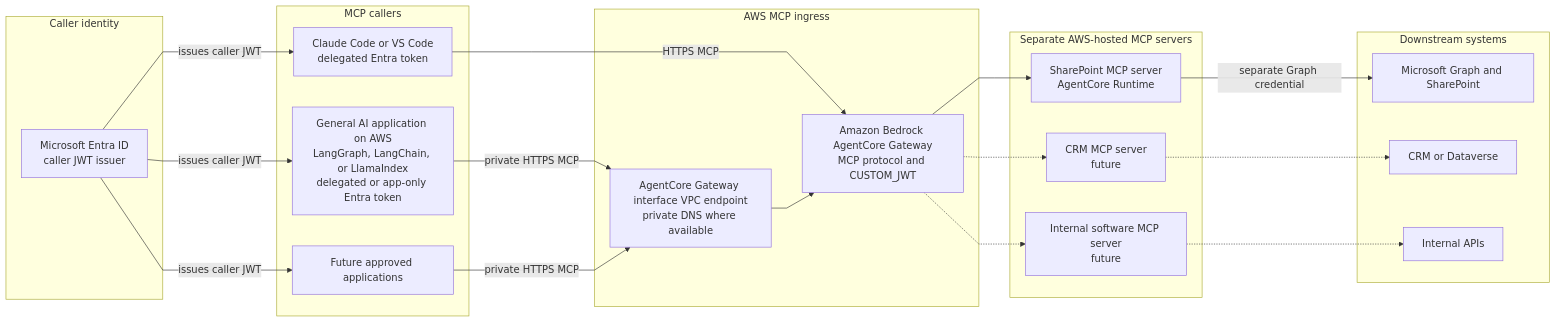
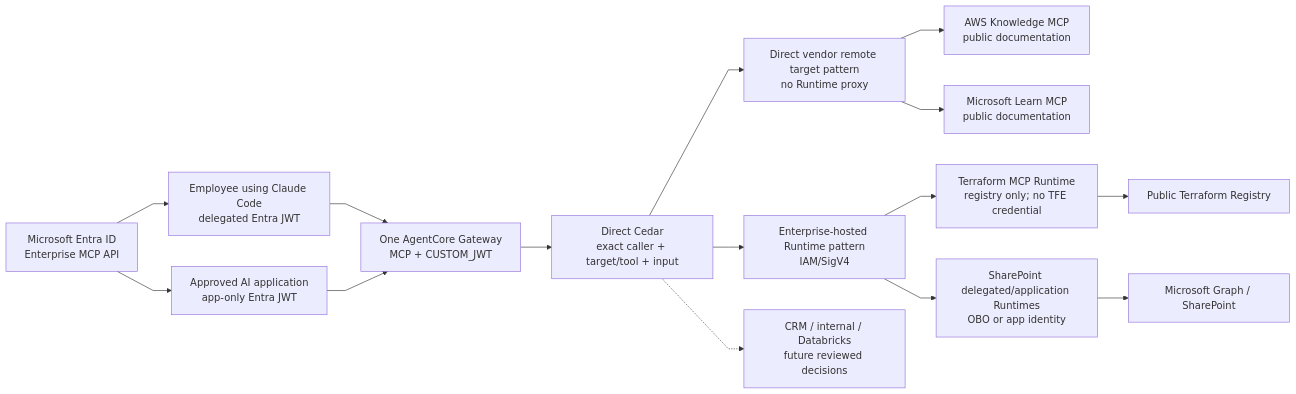
One commit to ron8520/mcp_poc changed the first of 3 diagrams in README.md. Above: the diagram before and after it, drawn with Mermaid. The commit also changed other lines of this file and 91 other files, not shown here.

````diff
--- a/README.md
+++ b/README.md
@@ -15,44 +16,33 @@
 ```mermaid
 %%{init: {"flowchart": {"curve": "linear"}}}%%
 flowchart LR
-    subgraph Callers["MCP callers"]
-        Claude["Claude Code or VS Code<br>delegated Entra token"]
-        AIApp["General AI application on AWS<br>LangGraph, LangChain, or LlamaIndex<br>delegated or app-only Entra token"]
-        Future["Future approved applications"]
-    end
+    Entra["Microsoft Entra ID<br>Enterprise MCP API"]
+    Claude["Employee using Claude Code<br>delegated Entra JWT"]
+    Automation["Approved AI application<br>app-only Entra JWT"]
+    Gateway["One AgentCore Gateway<br>MCP + CUSTOM_JWT"]
+    Cedar["Direct Cedar<br>exact caller + target/tool + input"]
+    Direct["Direct vendor remote target pattern<br>no Runtime proxy"]
+    Hosted["Enterprise-hosted Runtime pattern<br>IAM/SigV4"]
+    AWSKnowledge["AWS Knowledge MCP<br>public documentation"]
+    MicrosoftLearn["Microsoft Learn MCP<br>public documentation"]
+    Terraform["Terraform MCP Runtime<br>registry only; no TFE credential"]
+    SharePoint["SharePoint delegated/application Runtimes<br>OBO or app identity"]
+    Registry["Public Terraform Registry"]
+    Graph["Microsoft Graph / SharePoint"]
+    Future["CRM / internal / Databricks<br>future reviewed decisions"]
 
-    subgraph Identity["Caller identity"]
-        Entra["Microsoft Entra ID<br>caller JWT issuer"]
-    end
-
-    subgraph Ingress["AWS MCP ingress"]
-        PrivateLink["AgentCore Gateway interface VPC endpoint<br>private DNS where available"]
-        Gateway["Amazon Bedrock AgentCore Gateway<br>MCP protocol and CUSTOM_JWT"]
-    end
-
-    subgraph Services["Separate AWS-hosted MCP servers"]
-        SPServer["SharePoint MCP server<br>AgentCore Runtime"]
-        CRMServer["CRM MCP server<br>future"]
-        InternalServer["Internal software MCP server<br>future"]
-    end
-
-    subgraph Downstream["Downstream systems"]
-        Graph["Microsoft Graph and SharePoint"]
-        CRM["CRM or Dataverse"]
-        Internal["Internal APIs"]
-    end
-
-    Entra -->|"issues caller JWT"| Claude
-    Entra -->|"issues caller JWT"| AIApp
-    Entra -->|"issues caller JWT"| Future
-    Claude -->|"HTTPS MCP"| Gateway
-    AIApp -->|"private HTTPS MCP"| PrivateLink
-    Future -->|"private HTTPS MCP"| PrivateLink
-    PrivateLink --> Gateway
-    Gateway --> SPServer
-    Gateway -.-> CRMServer
-    Gateway -.-> InternalServer
-    SPServer -->|"separate Graph credential"| Graph
-    CRMServer -.-> CRM
-    InternalServer -.-> Internal
+    Entra --> Claude
+    Entra --> Automation
+    Claude --> Gateway
+    Automation --> Gateway
+    Gateway --> Cedar
+    Cedar --> Direct
+    Cedar --> Hosted
+    Direct --> AWSKnowledge
+    Direct --> MicrosoftLearn
+    Hosted --> Terraform
+    Hosted --> SharePoint
+    Terraform --> Registry
+    SharePoint --> Graph
+    Cedar -.-> Future
 ```
````
